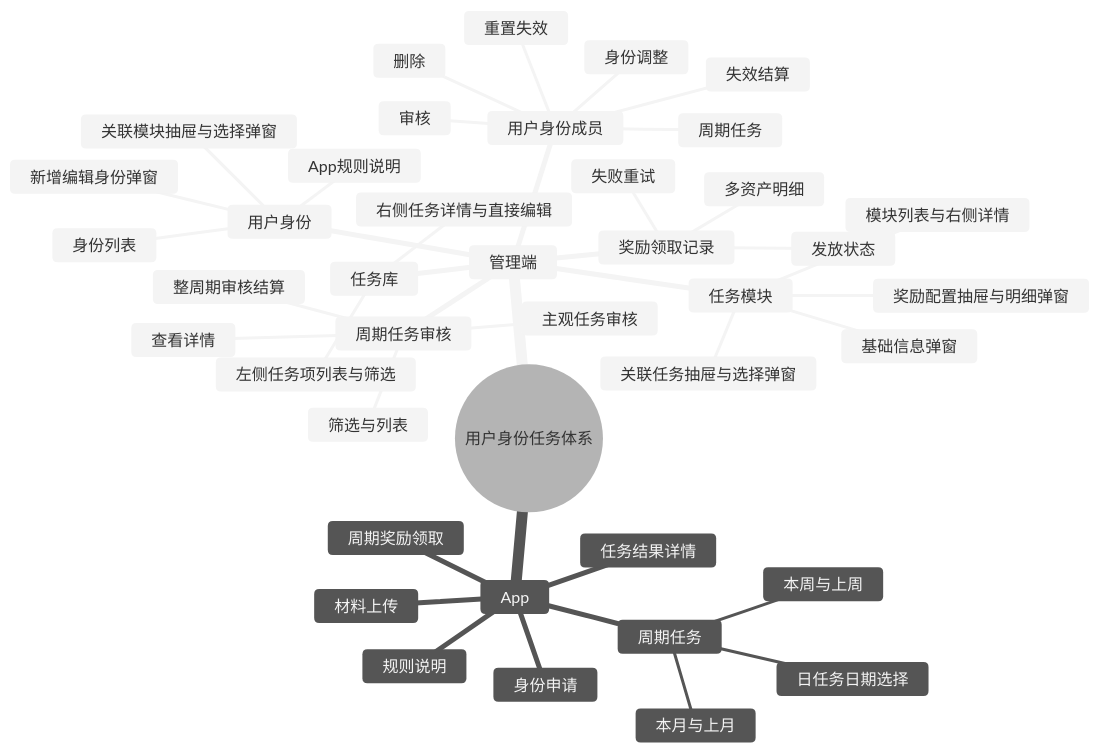
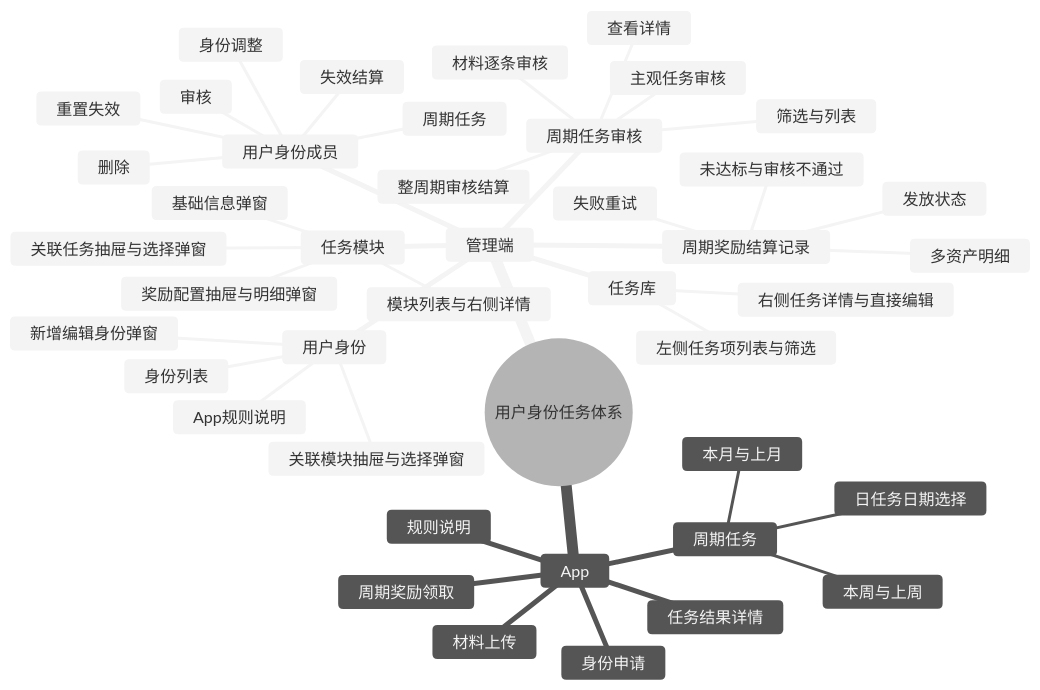
One commit to lxw13000/sano-pm changed the second of 4 diagrams in sano用户任务体系/需求文档/用户身份任务体系.md. Above: the diagram before and after it, drawn with Mermaid (neutral theme). The commit also changed other lines of this file and 57 other files, not shown here.

````diff
--- a/sano用户任务体系/需求文档/用户身份任务体系.md
+++ b/sano用户任务体系/需求文档/用户身份任务体系.md
@@ -92,44 +92,46 @@
 ```mermaid
 mindmap
   root((用户身份任务体系))
     管理端
       任务库
         左侧任务项列表与筛选
         右侧任务详情与直接编辑
       任务模块
         模块列表与右侧详情
         基础信息弹窗
         关联任务抽屉与选择弹窗
         奖励配置抽屉与明细弹窗
       用户身份
         身份列表
         新增编辑身份弹窗
         关联模块抽屉与选择弹窗
         App规则说明
       用户身份成员
         审核
         身份调整
         重置失效
         失效结算
         删除
         周期任务
       周期任务审核
         筛选与列表
         查看详情
         主观任务审核
+        材料逐条审核
         整周期审核结算
-      奖励领取记录
+      周期奖励结算记录
         多资产明细
+        未达标与审核不通过
         发放状态
         失败重试
     App
       身份申请
       周期任务
         日任务日期选择
         本周与上周
         本月与上月
       任务结果详情
       材料上传
       规则说明
       周期奖励领取
 ```
````
